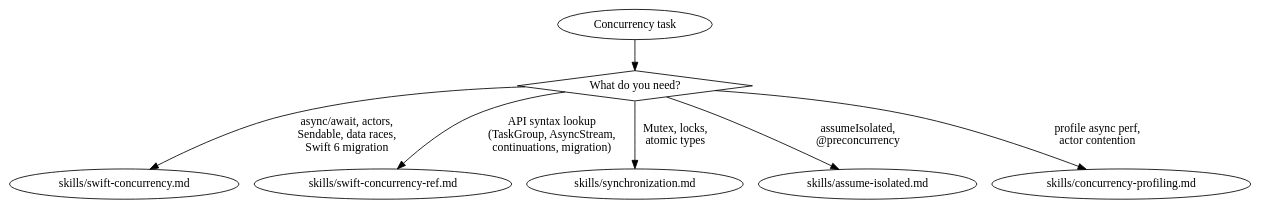
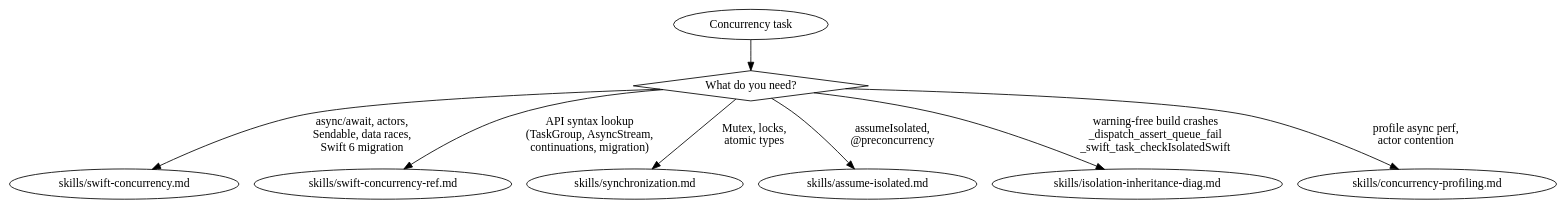
One commit to CharlesWiltgen/Axiom changed the diagram in .claude-plugin/plugins/axiom/skills/axiom-concurrency/SKILL.md. Above: the diagram before and after it, drawn with Graphviz. The commit also changed other lines of this file and 4 other files, not shown here.

````diff
--- a/.claude-plugin/plugins/axiom/skills/axiom-concurrency/SKILL.md
+++ b/.claude-plugin/plugins/axiom/skills/axiom-concurrency/SKILL.md
@@ -33,13 +39,14 @@
 ```dot
 digraph concurrency {
     start [label="Concurrency task" shape=ellipse];
     what [label="What do you need?" shape=diamond];
 
     start -> what;
     what -> "skills/swift-concurrency.md" [label="async/await, actors,\nSendable, data races,\nSwift 6 migration"];
     what -> "skills/swift-concurrency-ref.md" [label="API syntax lookup\n(TaskGroup, AsyncStream,\ncontinuations, migration)"];
     what -> "skills/synchronization.md" [label="Mutex, locks,\natomic types"];
     what -> "skills/assume-isolated.md" [label="assumeIsolated,\n@preconcurrency"];
+    what -> "skills/isolation-inheritance-diag.md" [label="warning-free build crashes\n_dispatch_assert_queue_fail\n_swift_task_checkIsolatedSwift"];
     what -> "skills/concurrency-profiling.md" [label="profile async perf,\nactor contention"];
 }
 ```
````
